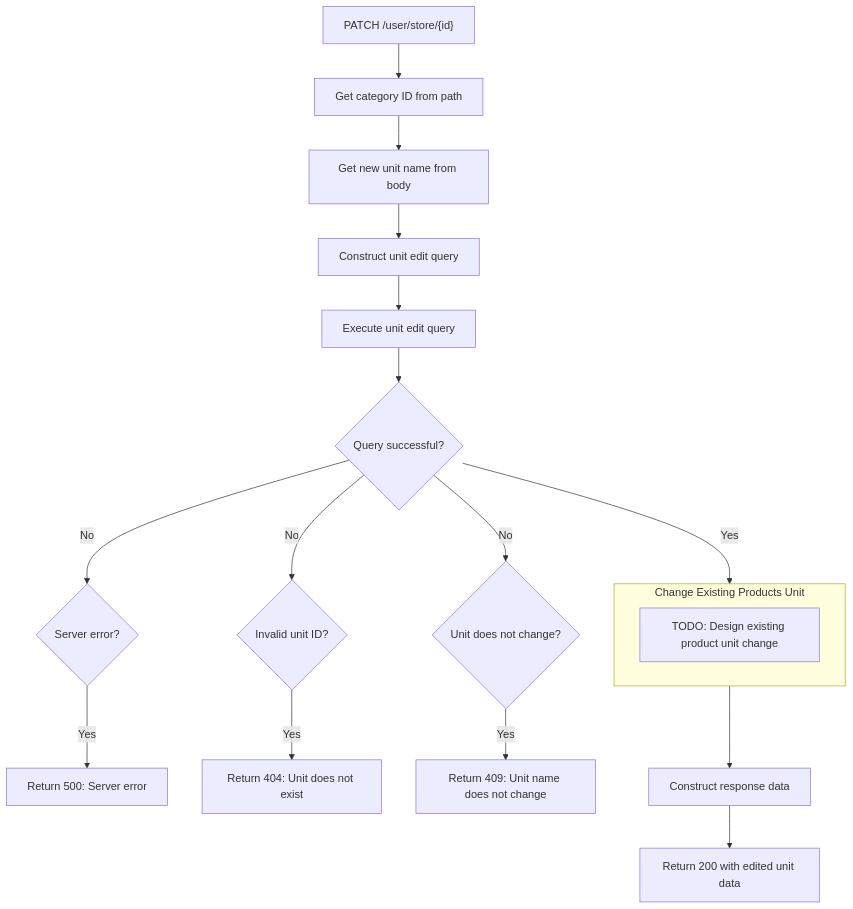
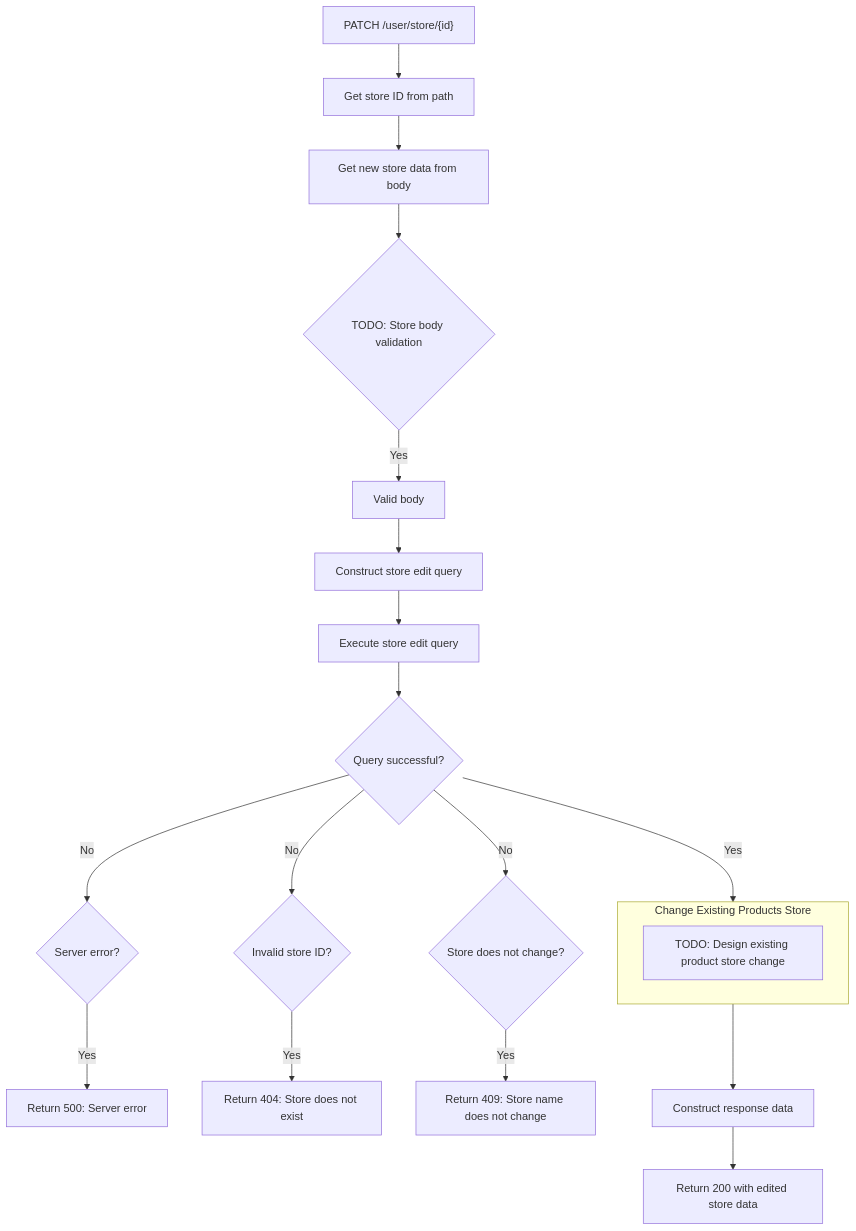
One commit to YosepRA/storey-api changed diagram 11 of 12 in docs/algorithms/paths/users.md. Above: the diagram before and after it, drawn with Mermaid. The commit also changed other lines of this file, not shown here.

Commit message:
docs: user store algorithm design

````diff
--- a/docs/algorithms/paths/users.md
+++ b/docs/algorithms/paths/users.md
@@ -268,27 +268,31 @@
 ```mermaid
 flowchart TD
-  editUnit["PATCH /user/store/{id}"] --> getIdFromPath[Get category ID from path]
-  getIdFromPath --> getRequestBody[Get new unit name from body]
+  editStore["PATCH /user/store/{id}"] --> getIdFromPath[Get store ID from path]
+  getIdFromPath --> getRequestBody[Get new store data from body]
 
-  getRequestBody --> constructQuery[Construct unit edit query]
-  constructQuery --> executeQuery[Execute unit edit query]
+  getRequestBody --> validateRequestBody{TODO: Store body validation}
+  validateRequestBody -->|Yes| validBody[Valid body]
+
+  validBody --> constructQuery[Construct store edit query]
+
+  constructQuery --> executeQuery[Execute store edit query]
 
   executeQuery --> isQuerySuccessful{Query successful?}
   isQuerySuccessful -->|No| isServerError{Server error?}
   isServerError -->|Yes| returnServerError[Return 500: Server error]
 
-  isQuerySuccessful -->|No| isUnitDoesNotExist{Invalid unit ID?}
-  isUnitDoesNotExist -->|Yes| returnUnitDoesNotExist[Return 404: Unit does not exist]
+  isQuerySuccessful -->|No| isStoreDoesNotExist{Invalid store ID?}
+  isStoreDoesNotExist -->|Yes| returnStoreDoesNotExist[Return 404: Store does not exist]
 
-  isQuerySuccessful -->|No| isUnitDoesNotChange{Unit does not change?}
-  isUnitDoesNotChange -->|Yes| returnUnitAlreadyExist[Return 409: Unit name does not change]
+  isQuerySuccessful -->|No| isStoreDoesNotChange{Store does not change?}
+  isStoreDoesNotChange -->|Yes| returnStoreAlreadyExist[Return 409: Store name does not change]
 
-  isQuerySuccessful -->|Yes| changeExistingProductsUnit
+  isQuerySuccessful -->|Yes| changeExistingProductsStore
 
-  subgraph changeExistingProductsUnit [Change Existing Products Unit]
-    A[TODO: Design existing product unit change]
+  subgraph changeExistingProductsStore [Change Existing Products Store]
+    A[TODO: Design existing product store change]
   end
 
-  changeExistingProductsUnit --> constructResponseData[Construct response data]
-  constructResponseData --> returnSuccessfulQuery[Return 200 with edited unit data]
+  changeExistingProductsStore --> constructResponseData[Construct response data]
+  constructResponseData --> returnSuccessfulQuery[Return 200 with edited store data]
 ```
````
